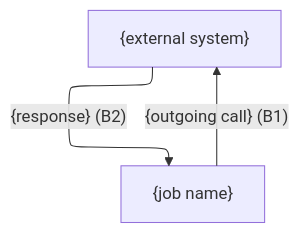
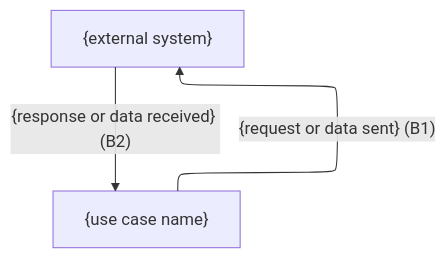
The diagram in copilot-drafting-guide/document-job-behavior/job-behavior-template.md (vrparthasarathy/migration-job-discovery), drawn with Mermaid before and after one commit. The commit also changed other lines of this file and 117 other files, not shown here.

````diff
--- a/copilot-drafting-guide/document-job-behavior/job-behavior-template.md
+++ b/copilot-drafting-guide/document-job-behavior/job-behavior-template.md
@@ -77,12 +79,12 @@
 ```mermaid
 ---
 config:
   layout: elk
 ---
 %%{init: {"securityLevel": "loose"}}%%
 flowchart TB
-  job["{job name}"]
+  uc["{use case name}"]
   ext["{external system}"]
-  job -->|"{outgoing call} (B1)"| ext
-  ext -->|"{response} (B2)"| job
+  uc -->|"{request or data sent} (B1)"| ext
+  ext -->|"{response or data received} (B2)"| uc
 ```
````
